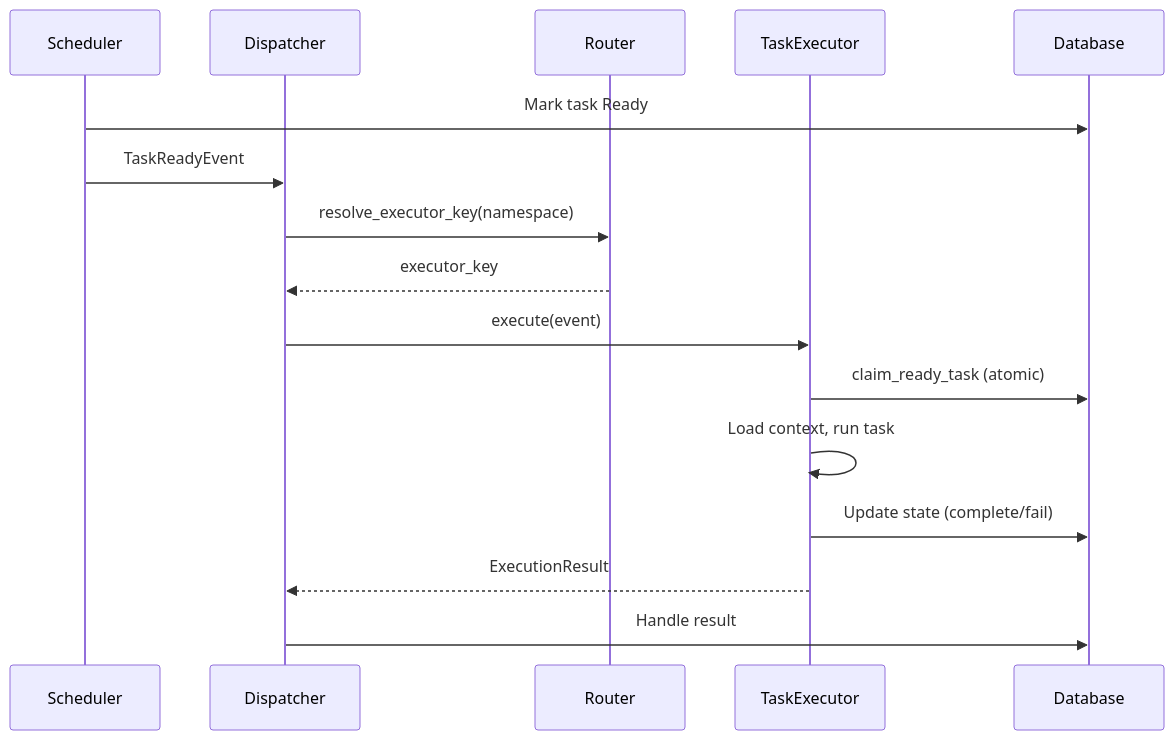
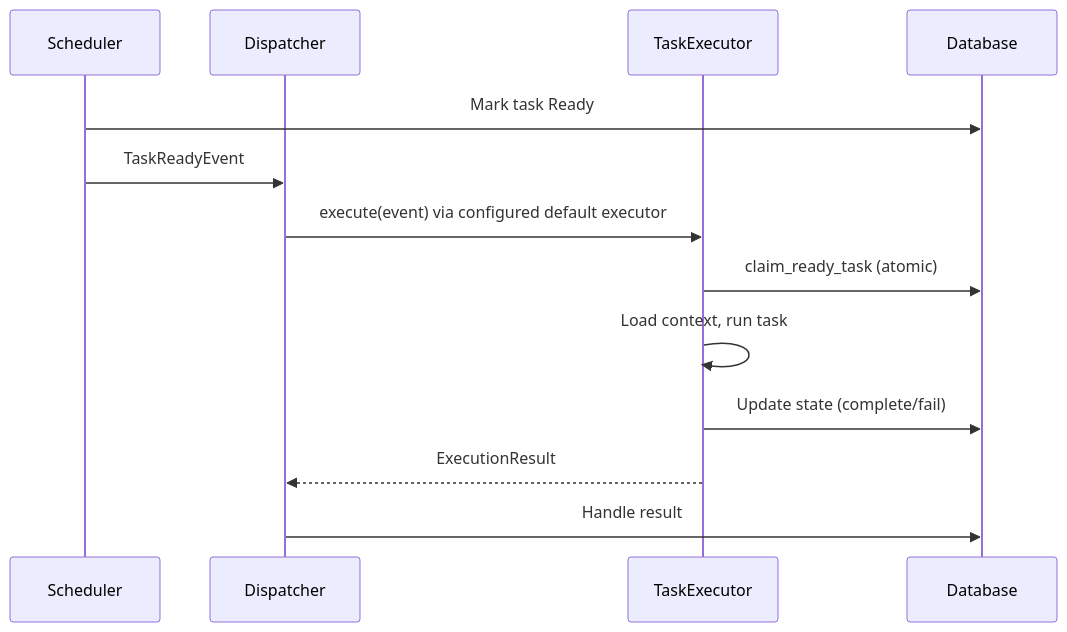
One commit to colliery-io/cloacina changed the second of 2 diagrams in docs/content/workflows/explanation/task-execution-sequence.md. Above: the diagram before and after it, drawn with Mermaid. The commit also changed other lines of this file and 30 other files, not shown here.

````diff
--- a/docs/content/workflows/explanation/task-execution-sequence.md
+++ b/docs/content/workflows/explanation/task-execution-sequence.md
@@ -80,19 +80,16 @@
 ```mermaid
 sequenceDiagram
     participant S as Scheduler
     participant D as Dispatcher
-    participant R as Router
     participant EX as TaskExecutor
     participant DB as Database
 
     S ->> DB: Mark task Ready
     S ->> D: TaskReadyEvent
-    D ->> R: resolve_executor_key(namespace)
-    R -->> D: executor_key
-    D ->> EX: execute(event)
+    D ->> EX: execute(event) via configured default executor
     EX ->> DB: claim_ready_task (atomic)
     EX ->> EX: Load context, run task
     EX ->> DB: Update state (complete/fail)
     EX -->> D: ExecutionResult
     D ->> DB: Handle result
 ```
````
